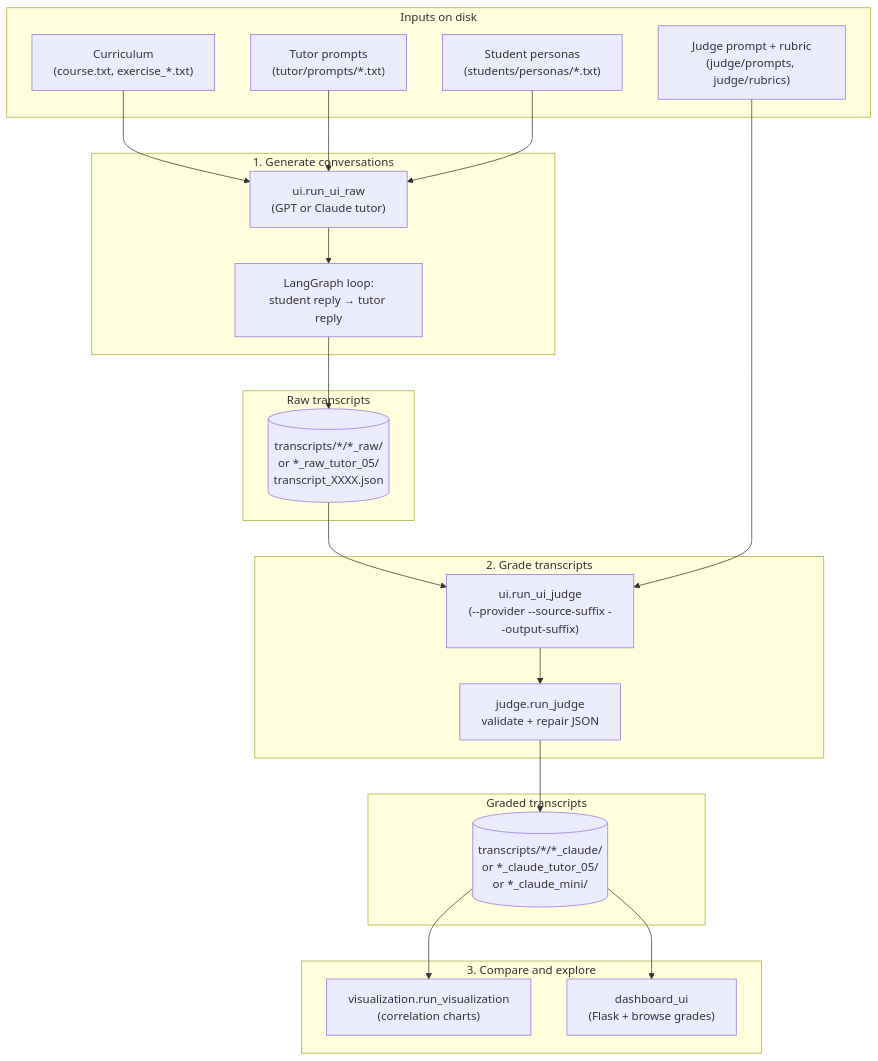
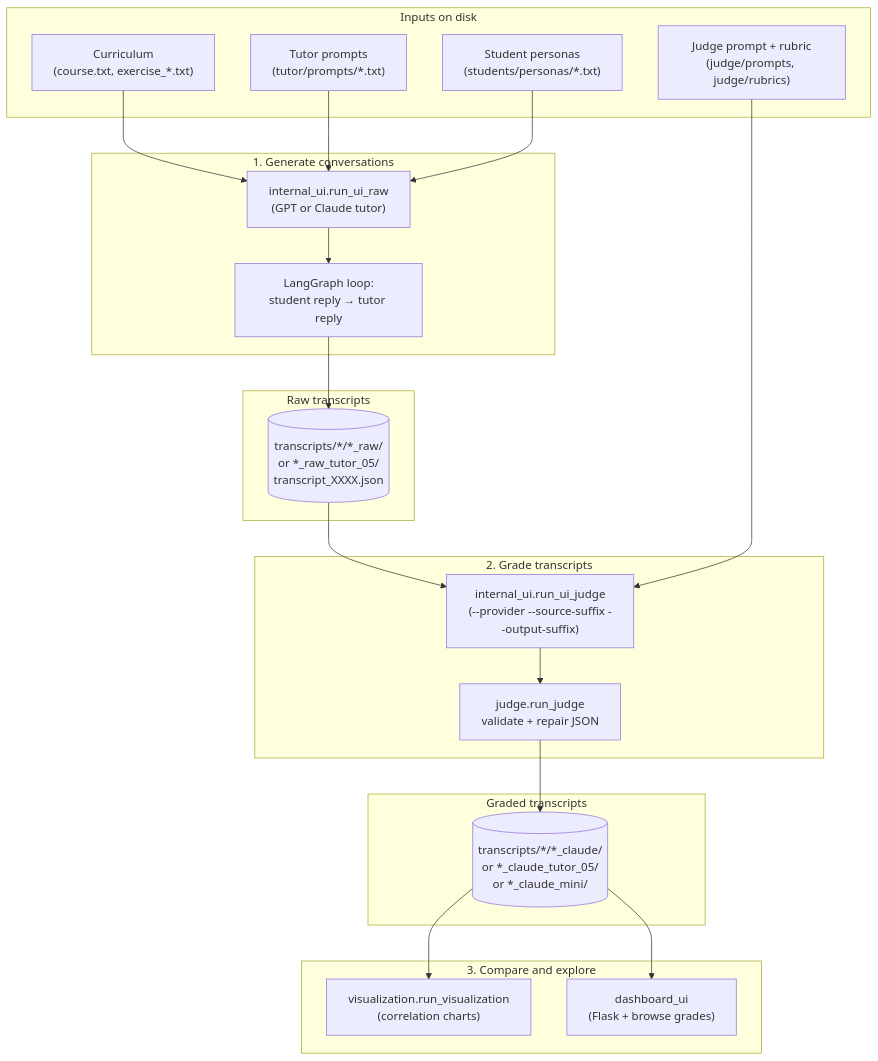
Before and after one commit to bonbon-on-fire/asktim_llm_tutor_project_2026: the diagram in README.md, drawn with Mermaid. The commit also changed other lines of this file and 17 other files, not shown here.

````diff
--- a/README.md
+++ b/README.md
@@ -76,42 +76,42 @@
 ```mermaid
 flowchart TD
     subgraph inputs["Inputs on disk"]
         CUR["Curriculum\n(course.txt, exercise_*.txt)"]
         TUT["Tutor prompts\n(tutor/prompts/*.txt)"]
         PER["Student personas\n(students/personas/*.txt)"]
         JR["Judge prompt + rubric\n(judge/prompts, judge/rubrics)"]
     end
 
     subgraph gen["1. Generate conversations"]
-        UIRAW["ui.run_ui_raw\n(GPT or Claude tutor)"]
+        UIRAW["internal_ui.run_ui_raw\n(GPT or Claude tutor)"]
         LOOP["LangGraph loop:\nstudent reply → tutor reply"]
     end
 
     subgraph rawstore["Raw transcripts"]
         RAWF[("transcripts/*/*_raw/\nor *_raw_tutor_05/\ntranscript_XXXX.json")]
     end
 
     subgraph judge["2. Grade transcripts"]
-        UIJ["ui.run_ui_judge\n(--provider --source-suffix --output-suffix)"]
+        UIJ["internal_ui.run_ui_judge\n(--provider --source-suffix --output-suffix)"]
         JG["judge.run_judge\nvalidate + repair JSON"]
     end
 
     subgraph gradedstore["Graded transcripts"]
         GF[("transcripts/*/*_claude/\nor *_claude_tutor_05/\nor *_claude_mini/")]
     end
 
     subgraph view["3. Compare and explore"]
         VIZ["visualization.run_visualization\n(correlation charts)"]
         DASH["dashboard_ui\n(Flask + browse grades)"]
     end
 
     CUR --> UIRAW
     TUT --> UIRAW
     PER --> UIRAW
     UIRAW --> LOOP --> RAWF
     RAWF --> UIJ
     JR --> UIJ
     UIJ --> JG --> GF
     GF --> VIZ
     GF --> DASH
 ```
````
